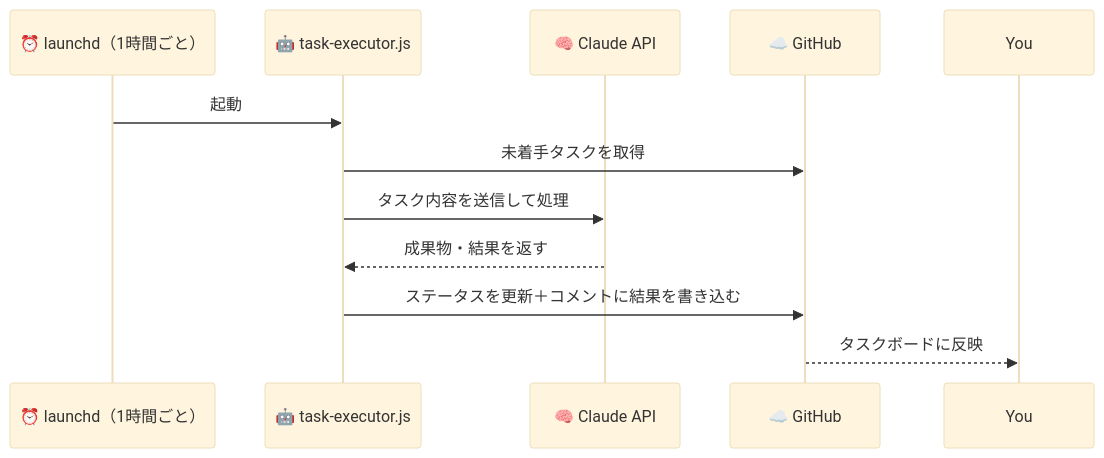
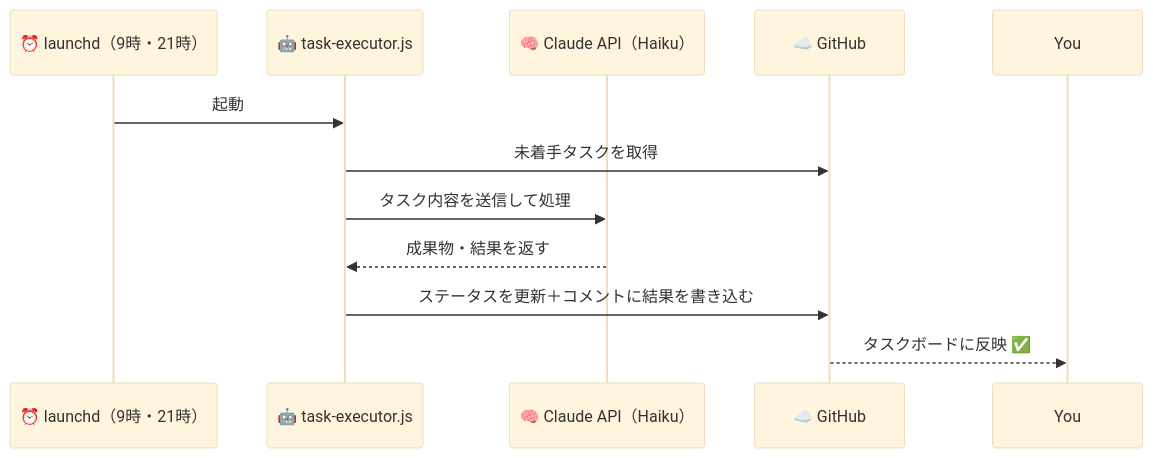
Before and after one commit to k-yabe/claude-code-book-template: the seventh of 8 diagrams in ai-agent-org/context/00_使い方.md, drawn with Mermaid (base theme). The commit also changed other lines of this file and 2 other files, not shown here.

````diff
--- a/ai-agent-org/context/00_使い方.md
+++ b/ai-agent-org/context/00_使い方.md
@@ -232,14 +250,14 @@
 ```mermaid
 sequenceDiagram
-    participant LD as ⏰ launchd（1時間ごと）
+    participant LD as ⏰ launchd（9時・21時）
     participant EX as 🤖 task-executor.js
-    participant AI as 🧠 Claude API
+    participant AI as 🧠 Claude API（Haiku）
     participant GH as ☁️ GitHub
 
     LD->>EX: 起動
     EX->>GH: 未着手タスクを取得
     EX->>AI: タスク内容を送信して処理
     AI-->>EX: 成果物・結果を返す
     EX->>GH: ステータスを更新＋コメントに結果を書き込む
-    GH-->>You: タスクボードに反映
+    GH-->>You: タスクボードに反映 ✅
 ```
````
